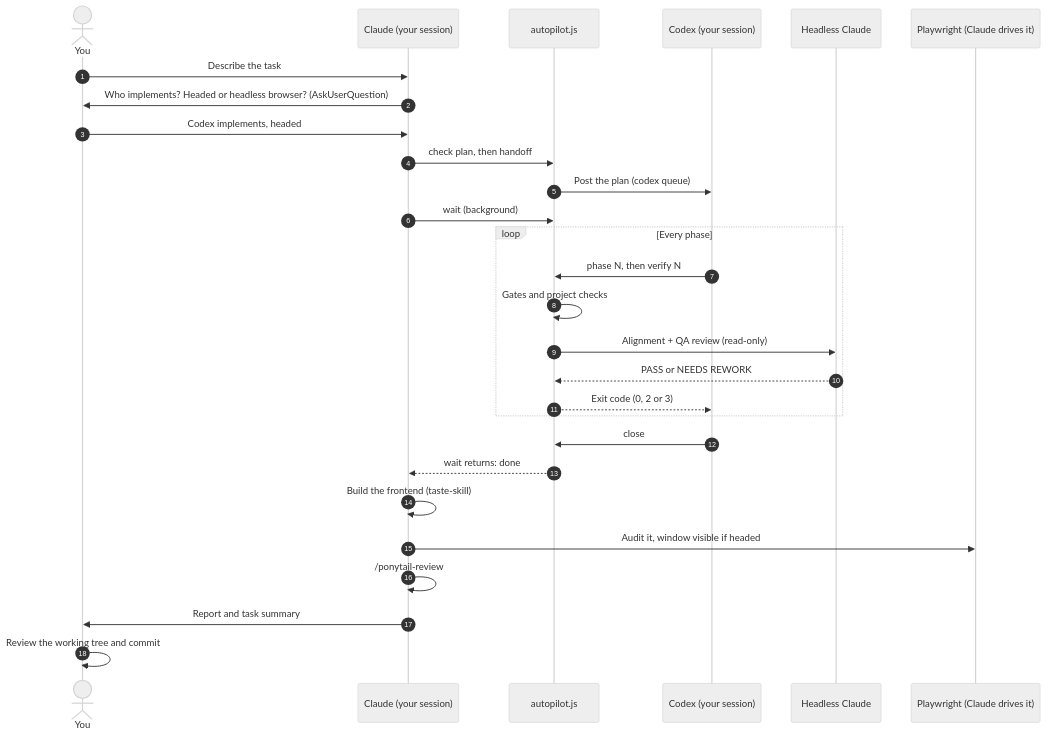
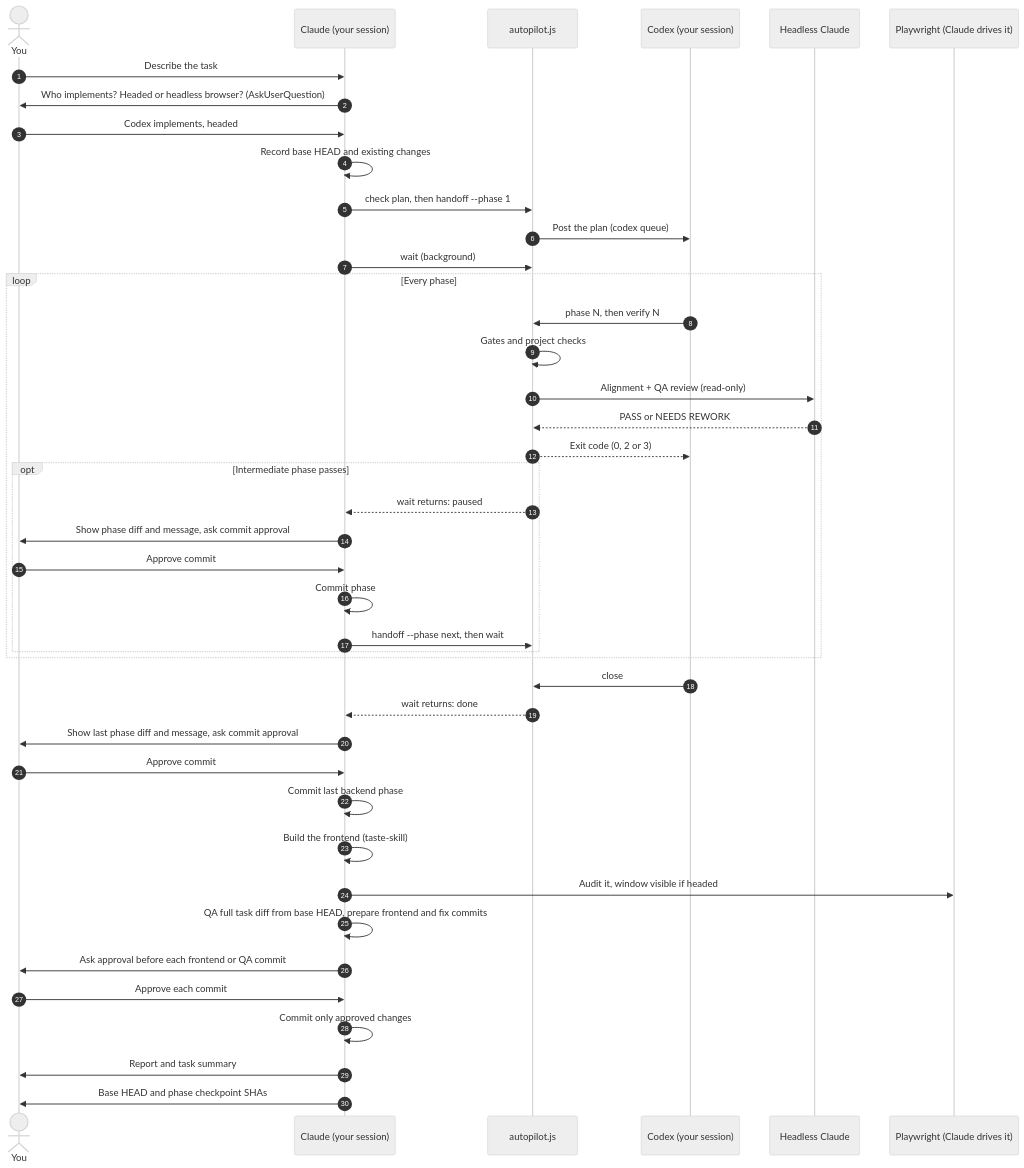
One commit to Jonrei1/dual-agent-workflow changed the second of 3 diagrams in README.md. Above: the diagram before and after it, drawn with Mermaid (neutral theme). The commit also changed other lines of this file and 9 other files, not shown here.

````diff
--- a/README.md
+++ b/README.md
@@ -58,31 +60,45 @@
 ```mermaid
 sequenceDiagram
     autonumber
     actor You
     participant C as Claude (your session)
     participant A as autopilot.js
     participant X as Codex (your session)
     participant H as Headless Claude
     participant P as Playwright (Claude drives it)
 
     You->>C: Describe the task
     C->>You: Who implements? Headed or headless browser? (AskUserQuestion)
     You->>C: Codex implements, headed
-    C->>A: check plan, then handoff
+    C->>C: Record base HEAD and existing changes
+    C->>A: check plan, then handoff --phase 1
     A->>X: Post the plan (codex queue)
     C->>A: wait (background)
     loop Every phase
         X->>A: phase N, then verify N
         A->>A: Gates and project checks
         A->>H: Alignment + QA review (read-only)
         H-->>A: PASS or NEEDS REWORK
         A-->>X: Exit code (0, 2 or 3)
+        opt Intermediate phase passes
+            A-->>C: wait returns: paused
+            C->>You: Show phase diff and message, ask commit approval
+            You->>C: Approve commit
+            C->>C: Commit phase
+            C->>A: handoff --phase next, then wait
+        end
     end
     X->>A: close
     A-->>C: wait returns: done
+    C->>You: Show last phase diff and message, ask commit approval
+    You->>C: Approve commit
+    C->>C: Commit last backend phase
     C->>C: Build the frontend (taste-skill)
     C->>P: Audit it, window visible if headed
-    C->>C: /ponytail-review
+    C->>C: QA full task diff from base HEAD, prepare frontend and fix commits
+    C->>You: Ask approval before each frontend or QA commit
+    You->>C: Approve each commit
+    C->>C: Commit only approved changes
     C->>You: Report and task summary
-    You->>You: Review the working tree and commit
+    C->>You: Base HEAD and phase checkpoint SHAs
 ```
````
